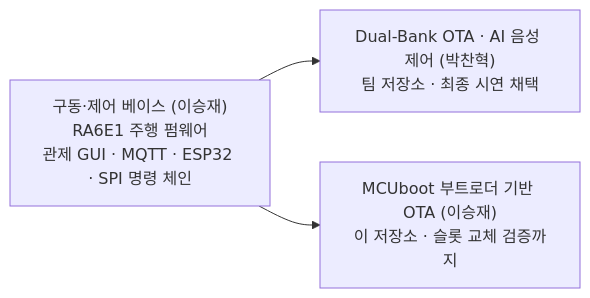
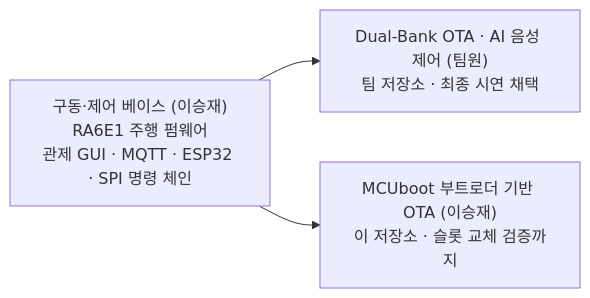
One commit to SJLee-83/rccar-mcuboot-ota changed the first of 2 diagrams in README.md. Above: the diagram before and after it, drawn with Mermaid.

Commit message:
팀원 실명을 역할 표기로 교체

````diff
--- a/README.md
+++ b/README.md
@@ -28,9 +28,9 @@
 ```mermaid
 flowchart LR
     BASE["구동·제어 베이스 (이승재)<br/>RA6E1 주행 펌웨어<br/>관제 GUI · MQTT · ESP32 · SPI 명령 체인"]
-    A["Dual-Bank OTA · AI 음성 제어 (박찬혁)<br/>팀 저장소 · 최종 시연 채택"]
+    A["Dual-Bank OTA · AI 음성 제어 (팀원)<br/>팀 저장소 · 최종 시연 채택"]
     B["MCUboot 부트로더 기반 OTA (이승재)<br/>이 저장소 · 슬롯 교체 검증까지"]
 
     BASE --> A
     BASE --> B
 ```
````
